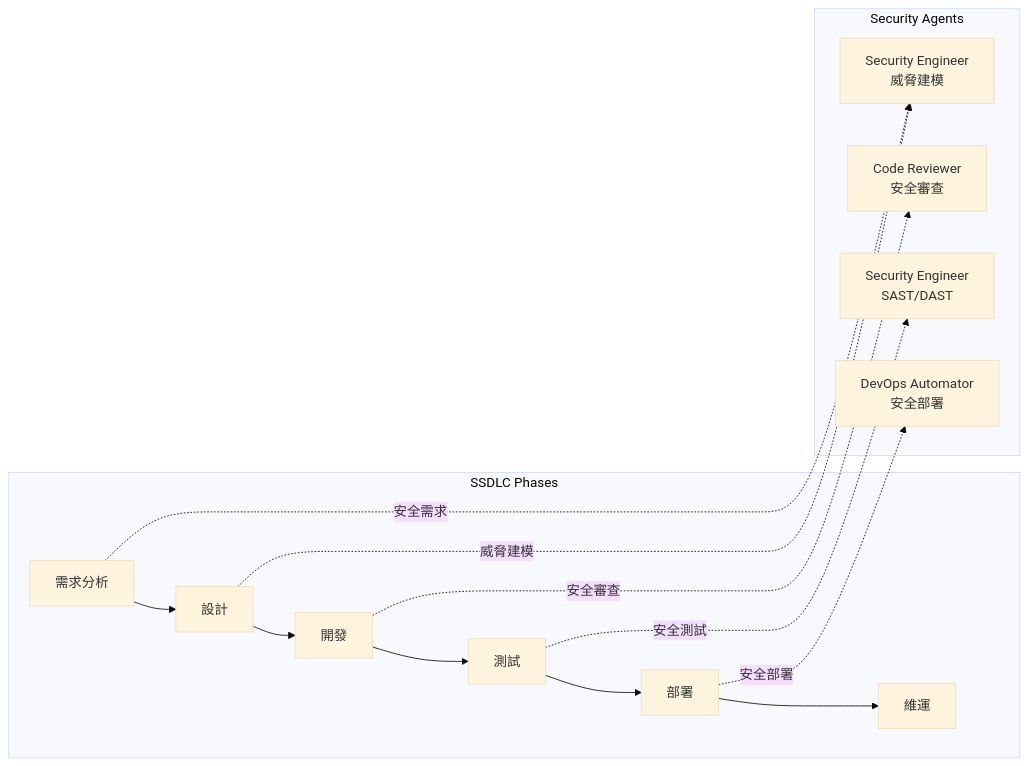
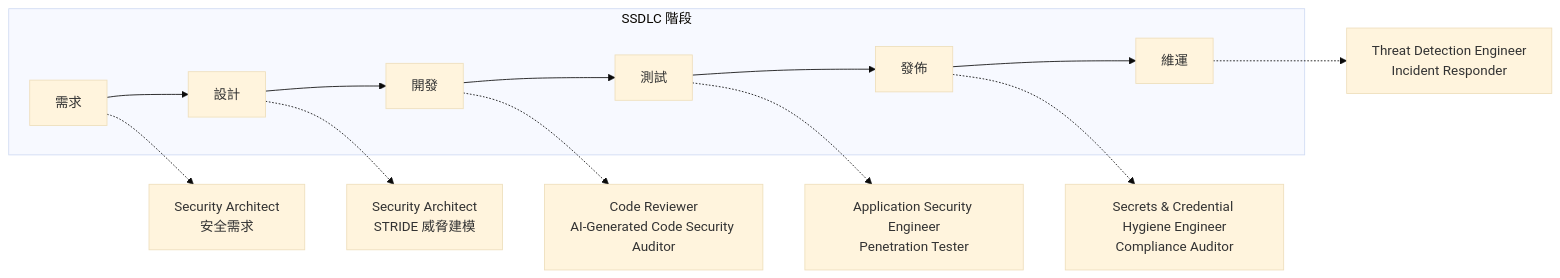
One commit to chihhung/Blog changed the ninth of 15 diagrams in content/posts/教學/AI開發/agency-agents教學手冊.md. Above: the diagram before and after it, drawn with Mermaid (base theme). The commit also changed other lines of this file and 1 other file, not shown here.

Commit message:
docs: update agency-agents doc

````diff
--- a/content/posts/教學/AI開發/agency-agents教學手冊.md
+++ b/content/posts/教學/AI開發/agency-agents教學手冊.md
@@ -2112,23 +2434,12 @@
 ```mermaid
 graph LR
-    subgraph "SSDLC Phases"
-        REQ[需求分析] --> DESIGN[設計]
-        DESIGN --> DEV[開發]
-        DEV --> TEST[測試]
-        TEST --> DEPLOY[部署]
-        DEPLOY --> OPS[維運]
+    subgraph SDLC["SSDLC 階段"]
+        REQ[需求] --> DES[設計] --> DEV[開發] --> TST[測試] --> REL[發佈] --> OPS[維運]
     end
-
-    subgraph "Security Agents"
-        SA1[Security Engineer<br/>威脅建模]
-        SA2[Code Reviewer<br/>安全審查]
-        SA3[Security Engineer<br/>SAST/DAST]
-        SA4[DevOps Automator<br/>安全部署]
-    end
-
-    REQ -.->|安全需求| SA1
-    DESIGN -.->|威脅建模| SA1
-    DEV -.->|安全審查| SA2
-    TEST -.->|安全測試| SA3
-    DEPLOY -.->|安全部署| SA4
+    REQ -.-> SA["Security Architect<br/>安全需求"]
+    DES -.-> TM["Security Architect<br/>STRIDE 威脅建模"]
+    DEV -.-> CR["Code Reviewer<br/>AI-Generated Code Security Auditor"]
+    TST -.-> PT["Application Security Engineer<br/>Penetration Tester"]
+    REL -.-> SC["Secrets & Credential Hygiene Engineer<br/>Compliance Auditor"]
+    OPS -.-> IR["Threat Detection Engineer<br/>Incident Responder"]
 ```
````
